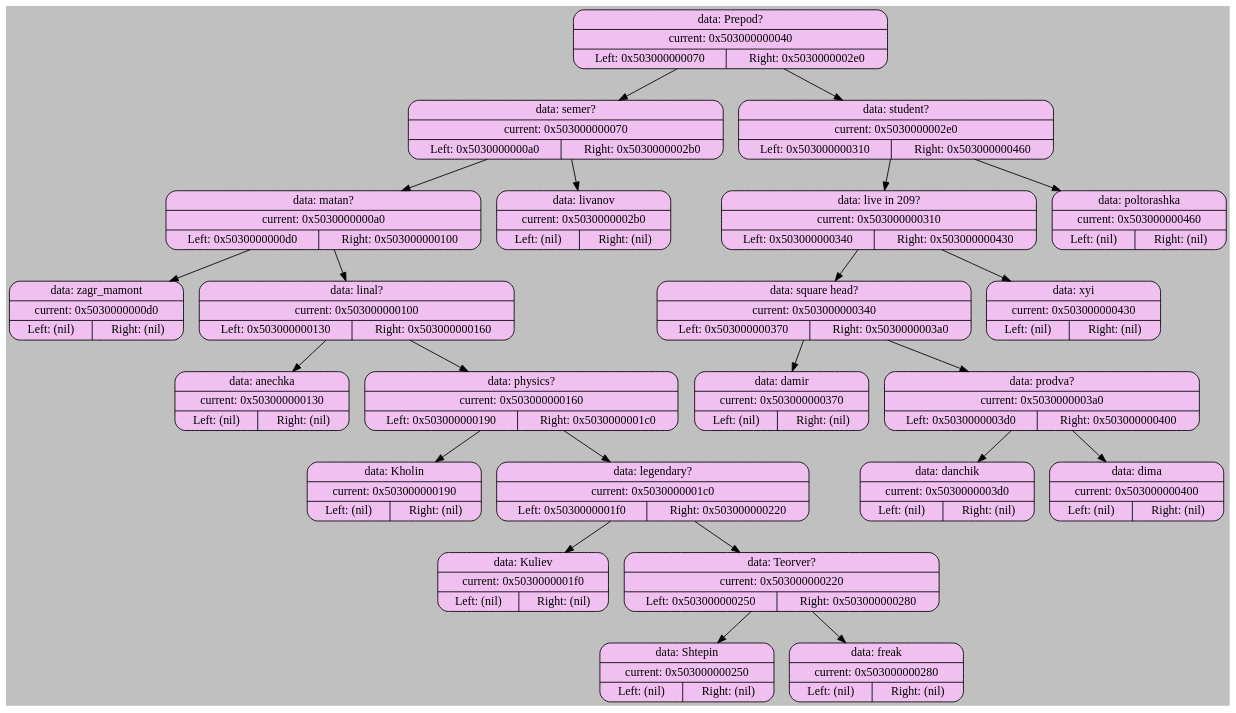
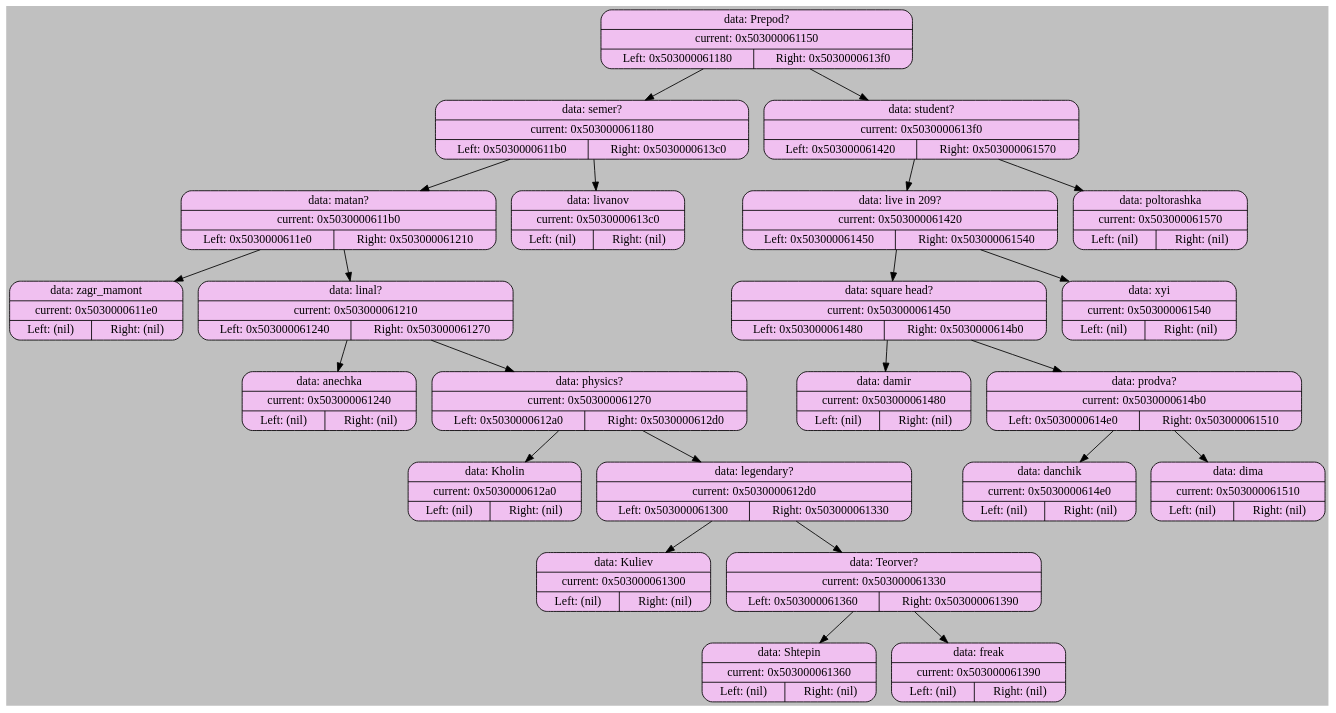
One commit to Atlaxsyys/akinator changed the diagram in graph_dump/graph_0.dot. Above: the diagram before and after it, drawn with Graphviz. The commit also changed 8 other files, not shown here.

Commit message:
added graphic akinator

```diff
--- a/graph_dump/graph_0.dot
+++ b/graph_dump/graph_0.dot
@@ -1,50 +1,50 @@
 digraph BinaryTree {
     bgcolor="#C0C0C0";
 
     node [shape=record];
-    "0x503000000040" [shape=Mrecord, style=filled; fillcolor="#F0C0F0"; label="{data: Prepod? | current: 0x503000000040 | { Left: 0x503000000070 | Right: 0x5030000002e0 } }"];
-    "0x503000000040" -> "0x503000000070";
-    "0x503000000070" [shape=Mrecord, style=filled; fillcolor="#F0C0F0"; label="{data: semer? | current: 0x503000000070 | { Left: 0x5030000000a0 | Right: 0x5030000002b0 } }"];
-    "0x503000000070" -> "0x5030000000a0";
-    "0x5030000000a0" [shape=Mrecord, style=filled; fillcolor="#F0C0F0"; label="{data: matan? | current: 0x5030000000a0 | { Left: 0x5030000000d0 | Right: 0x503000000100 } }"];
-    "0x5030000000a0" -> "0x5030000000d0";
-    "0x5030000000d0" [shape=Mrecord, style=filled; fillcolor="#F0C0F0"; label="{data: zagr_mamont | current: 0x5030000000d0 | { Left: (nil) | Right: (nil) } }"];
-    "0x5030000000a0" -> "0x503000000100";
-    "0x503000000100" [shape=Mrecord, style=filled; fillcolor="#F0C0F0"; label="{data: linal? | current: 0x503000000100 | { Left: 0x503000000130 | Right: 0x503000000160 } }"];
-    "0x503000000100" -> "0x503000000130";
-    "0x503000000130" [shape=Mrecord, style=filled; fillcolor="#F0C0F0"; label="{data: anechka | current: 0x503000000130 | { Left: (nil) | Right: (nil) } }"];
-    "0x503000000100" -> "0x503000000160";
-    "0x503000000160" [shape=Mrecord, style=filled; fillcolor="#F0C0F0"; label="{data: physics? | current: 0x503000000160 | { Left: 0x503000000190 | Right: 0x5030000001c0 } }"];
-    "0x503000000160" -> "0x503000000190";
-    "0x503000000190" [shape=Mrecord, style=filled; fillcolor="#F0C0F0"; label="{data: Kholin | current: 0x503000000190 | { Left: (nil) | Right: (nil) } }"];
-    "0x503000000160" -> "0x5030000001c0";
-    "0x5030000001c0" [shape=Mrecord, style=filled; fillcolor="#F0C0F0"; label="{data: legendary? | current: 0x5030000001c0 | { Left: 0x5030000001f0 | Right: 0x503000000220 } }"];
-    "0x5030000001c0" -> "0x5030000001f0";
-    "0x5030000001f0" [shape=Mrecord, style=filled; fillcolor="#F0C0F0"; label="{data: Kuliev | current: 0x5030000001f0 | { Left: (nil) | Right: (nil) } }"];
-    "0x5030000001c0" -> "0x503000000220";
-    "0x503000000220" [shape=Mrecord, style=filled; fillcolor="#F0C0F0"; label="{data: Teorver? | current: 0x503000000220 | { Left: 0x503000000250 | Right: 0x503000000280 } }"];
-    "0x503000000220" -> "0x503000000250";
-    "0x503000000250" [shape=Mrecord, style=filled; fillcolor="#F0C0F0"; label="{data: Shtepin | current: 0x503000000250 | { Left: (nil) | Right: (nil) } }"];
-    "0x503000000220" -> "0x503000000280";
-    "0x503000000280" [shape=Mrecord, style=filled; fillcolor="#F0C0F0"; label="{data: freak | current: 0x503000000280 | { Left: (nil) | Right: (nil) } }"];
-    "0x503000000070" -> "0x5030000002b0";
-    "0x5030000002b0" [shape=Mrecord, style=filled; fillcolor="#F0C0F0"; label="{data: livanov | current: 0x5030000002b0 | { Left: (nil) | Right: (nil) } }"];
-    "0x503000000040" -> "0x5030000002e0";
-    "0x5030000002e0" [shape=Mrecord, style=filled; fillcolor="#F0C0F0"; label="{data: student? | current: 0x5030000002e0 | { Left: 0x503000000310 | Right: 0x503000000460 } }"];
-    "0x5030000002e0" -> "0x503000000310";
-    "0x503000000310" [shape=Mrecord, style=filled; fillcolor="#F0C0F0"; label="{data: live in 209? | current: 0x503000000310 | { Left: 0x503000000340 | Right: 0x503000000430 } }"];
-    "0x503000000310" -> "0x503000000340";
-    "0x503000000340" [shape=Mrecord, style=filled; fillcolor="#F0C0F0"; label="{data: square head? | current: 0x503000000340 | { Left: 0x503000000370 | Right: 0x5030000003a0 } }"];
-    "0x503000000340" -> "0x503000000370";
-    "0x503000000370" [shape=Mrecord, style=filled; fillcolor="#F0C0F0"; label="{data: damir | current: 0x503000000370 | { Left: (nil) | Right: (nil) } }"];
-    "0x503000000340" -> "0x5030000003a0";
-    "0x5030000003a0" [shape=Mrecord, style=filled; fillcolor="#F0C0F0"; label="{data: prodva? | current: 0x5030000003a0 | { Left: 0x5030000003d0 | Right: 0x503000000400 } }"];
-    "0x5030000003a0" -> "0x5030000003d0";
-    "0x5030000003d0" [shape=Mrecord, style=filled; fillcolor="#F0C0F0"; label="{data: danchik | current: 0x5030000003d0 | { Left: (nil) | Right: (nil) } }"];
-    "0x5030000003a0" -> "0x503000000400";
-    "0x503000000400" [shape=Mrecord, style=filled; fillcolor="#F0C0F0"; label="{data: dima | current: 0x503000000400 | { Left: (nil) | Right: (nil) } }"];
-    "0x503000000310" -> "0x503000000430";
-    "0x503000000430" [shape=Mrecord, style=filled; fillcolor="#F0C0F0"; label="{data: xyi | current: 0x503000000430 | { Left: (nil) | Right: (nil) } }"];
-    "0x5030000002e0" -> "0x503000000460";
-    "0x503000000460" [shape=Mrecord, style=filled; fillcolor="#F0C0F0"; label="{data: poltorashka | current: 0x503000000460 | { Left: (nil) | Right: (nil) } }"];
+    "0x503000061150" [shape=Mrecord, style=filled; fillcolor="#F0C0F0"; label="{data: Prepod? | current: 0x503000061150 | { Left: 0x503000061180 | Right: 0x5030000613f0 } }"];
+    "0x503000061150" -> "0x503000061180";
+    "0x503000061180" [shape=Mrecord, style=filled; fillcolor="#F0C0F0"; label="{data: semer? | current: 0x503000061180 | { Left: 0x5030000611b0 | Right: 0x5030000613c0 } }"];
+    "0x503000061180" -> "0x5030000611b0";
+    "0x5030000611b0" [shape=Mrecord, style=filled; fillcolor="#F0C0F0"; label="{data: matan? | current: 0x5030000611b0 | { Left: 0x5030000611e0 | Right: 0x503000061210 } }"];
+    "0x5030000611b0" -> "0x5030000611e0";
+    "0x5030000611e0" [shape=Mrecord, style=filled; fillcolor="#F0C0F0"; label="{data: zagr_mamont | current: 0x5030000611e0 | { Left: (nil) | Right: (nil) } }"];
+    "0x5030000611b0" -> "0x503000061210";
+    "0x503000061210" [shape=Mrecord, style=filled; fillcolor="#F0C0F0"; label="{data: linal? | current: 0x503000061210 | { Left: 0x503000061240 | Right: 0x503000061270 } }"];
+    "0x503000061210" -> "0x503000061240";
+    "0x503000061240" [shape=Mrecord, style=filled; fillcolor="#F0C0F0"; label="{data: anechka | current: 0x503000061240 | { Left: (nil) | Right: (nil) } }"];
+    "0x503000061210" -> "0x503000061270";
+    "0x503000061270" [shape=Mrecord, style=filled; fillcolor="#F0C0F0"; label="{data: physics? | current: 0x503000061270 | { Left: 0x5030000612a0 | Right: 0x5030000612d0 } }"];
+    "0x503000061270" -> "0x5030000612a0";
+    "0x5030000612a0" [shape=Mrecord, style=filled; fillcolor="#F0C0F0"; label="{data: Kholin | current: 0x5030000612a0 | { Left: (nil) | Right: (nil) } }"];
+    "0x503000061270" -> "0x5030000612d0";
+    "0x5030000612d0" [shape=Mrecord, style=filled; fillcolor="#F0C0F0"; label="{data: legendary? | current: 0x5030000612d0 | { Left: 0x503000061300 | Right: 0x503000061330 } }"];
+    "0x5030000612d0" -> "0x503000061300";
+    "0x503000061300" [shape=Mrecord, style=filled; fillcolor="#F0C0F0"; label="{data: Kuliev | current: 0x503000061300 | { Left: (nil) | Right: (nil) } }"];
+    "0x5030000612d0" -> "0x503000061330";
+    "0x503000061330" [shape=Mrecord, style=filled; fillcolor="#F0C0F0"; label="{data: Teorver? | current: 0x503000061330 | { Left: 0x503000061360 | Right: 0x503000061390 } }"];
+    "0x503000061330" -> "0x503000061360";
+    "0x503000061360" [shape=Mrecord, style=filled; fillcolor="#F0C0F0"; label="{data: Shtepin | current: 0x503000061360 | { Left: (nil) | Right: (nil) } }"];
+    "0x503000061330" -> "0x503000061390";
+    "0x503000061390" [shape=Mrecord, style=filled; fillcolor="#F0C0F0"; label="{data: freak | current: 0x503000061390 | { Left: (nil) | Right: (nil) } }"];
+    "0x503000061180" -> "0x5030000613c0";
+    "0x5030000613c0" [shape=Mrecord, style=filled; fillcolor="#F0C0F0"; label="{data: livanov | current: 0x5030000613c0 | { Left: (nil) | Right: (nil) } }"];
+    "0x503000061150" -> "0x5030000613f0";
+    "0x5030000613f0" [shape=Mrecord, style=filled; fillcolor="#F0C0F0"; label="{data: student? | current: 0x5030000613f0 | { Left: 0x503000061420 | Right: 0x503000061570 } }"];
+    "0x5030000613f0" -> "0x503000061420";
+    "0x503000061420" [shape=Mrecord, style=filled; fillcolor="#F0C0F0"; label="{data: live in 209? | current: 0x503000061420 | { Left: 0x503000061450 | Right: 0x503000061540 } }"];
+    "0x503000061420" -> "0x503000061450";
+    "0x503000061450" [shape=Mrecord, style=filled; fillcolor="#F0C0F0"; label="{data: square head? | current: 0x503000061450 | { Left: 0x503000061480 | Right: 0x5030000614b0 } }"];
+    "0x503000061450" -> "0x503000061480";
+    "0x503000061480" [shape=Mrecord, style=filled; fillcolor="#F0C0F0"; label="{data: damir | current: 0x503000061480 | { Left: (nil) | Right: (nil) } }"];
+    "0x503000061450" -> "0x5030000614b0";
+    "0x5030000614b0" [shape=Mrecord, style=filled; fillcolor="#F0C0F0"; label="{data: prodva? | current: 0x5030000614b0 | { Left: 0x5030000614e0 | Right: 0x503000061510 } }"];
+    "0x5030000614b0" -> "0x5030000614e0";
+    "0x5030000614e0" [shape=Mrecord, style=filled; fillcolor="#F0C0F0"; label="{data: danchik | current: 0x5030000614e0 | { Left: (nil) | Right: (nil) } }"];
+    "0x5030000614b0" -> "0x503000061510";
+    "0x503000061510" [shape=Mrecord, style=filled; fillcolor="#F0C0F0"; label="{data: dima | current: 0x503000061510 | { Left: (nil) | Right: (nil) } }"];
+    "0x503000061420" -> "0x503000061540";
+    "0x503000061540" [shape=Mrecord, style=filled; fillcolor="#F0C0F0"; label="{data: xyi | current: 0x503000061540 | { Left: (nil) | Right: (nil) } }"];
+    "0x5030000613f0" -> "0x503000061570";
+    "0x503000061570" [shape=Mrecord, style=filled; fillcolor="#F0C0F0"; label="{data: poltorashka | current: 0x503000061570 | { Left: (nil) | Right: (nil) } }"];
 }
```
